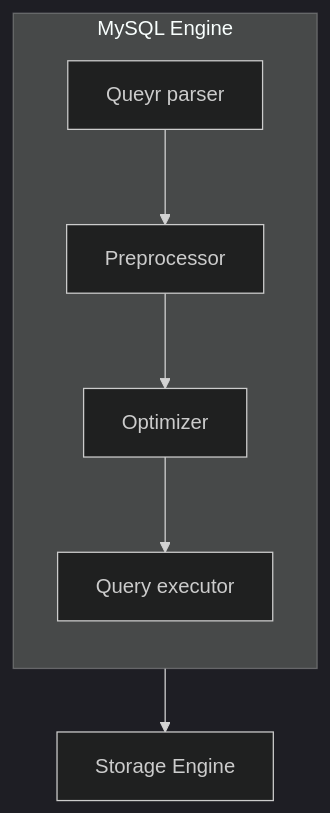
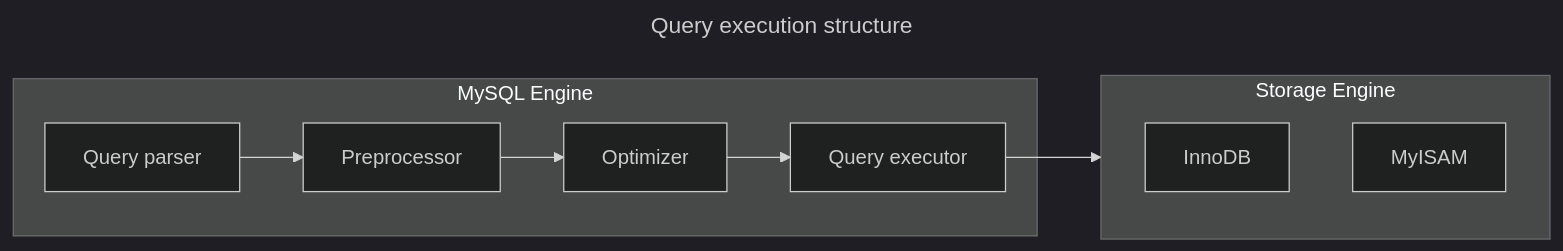
The first of 5 diagrams in real-mysql-8.0-1/readme.md (kyungrae/study), drawn with Mermaid (dark theme) before and after one commit. The commit also changed other lines of this file, not shown here.

Commit message:
[mysql] InnoDB storage engine

````diff
--- a/real-mysql-8.0-1/readme.md
+++ b/real-mysql-8.0-1/readme.md
@@ -93,10 +89,16 @@
 ```mermaid
-flowchart
+---
+title: Query execution structure 
+---
+flowchart LR
   subgraph MySQL Engine
-    direction TB
-    QueryParser["Queyr parser"] --> Preprocessor["Preprocessor"]
+    QueryParser["Query parser"] --> Preprocessor["Preprocessor"]
     Preprocessor --> Optimizer["Optimizer"]
     Optimizer --> QueryExecutor["Query executor"]
   end
-  QueryExecutor --> StorageEngine["Storage Engine"]
+  subgraph StorageEngine["Storage Engine"]
+    InnoDB
+    MyISAM
+  end
+  QueryExecutor --> StorageEngine
 ```
````
